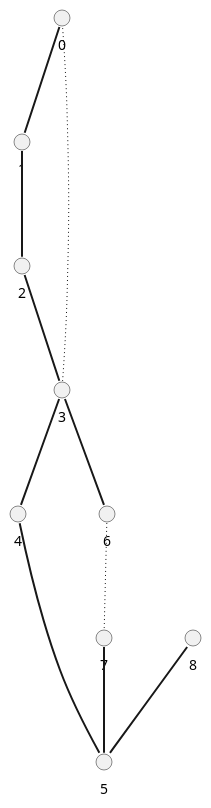
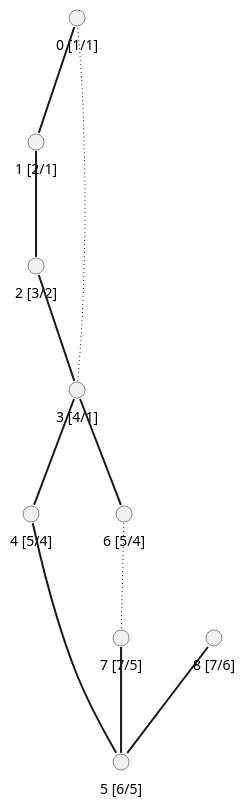
Before and after one commit to mykhailo-petrenko/algorithms4: the diagram in src/js/graph/mst-debug.puml, drawn with PlantUML. The commit also changed 3 other files, not shown here.

```diff
--- a/src/js/graph/mst-debug.puml
+++ b/src/js/graph/mst-debug.puml
@@ -1,21 +1,21 @@
 @startuml
-circle "0" as node0
-circle "1" as node1
-circle "2" as node2
-circle "3" as node3
-circle "4" as node4
-circle "5" as node5
-circle "6" as node6
-circle "7" as node7
-circle "8" as node8
+circle "0 [1/1]" as node0
+circle "1 [2/1]" as node1
+circle "2 [3/2]" as node2
+circle "3 [4/1]" as node3
+circle "4 [5/4]" as node4
+circle "5 [6/5]" as node5
+circle "6 [5/4]" as node6
+circle "7 [7/5]" as node7
+circle "8 [7/6]" as node8
 node0-[bold]-node1
 node1-[bold]-node2
 node2-[bold]-node3
 node3-[dotted]-node0
 node3-[bold]-node4
 node3-[bold]-node6
 node4-[bold]-node5
 node7-[bold]-node5
 node6-[dotted]-node7
 node8-[bold]-node5
 @enduml
```
